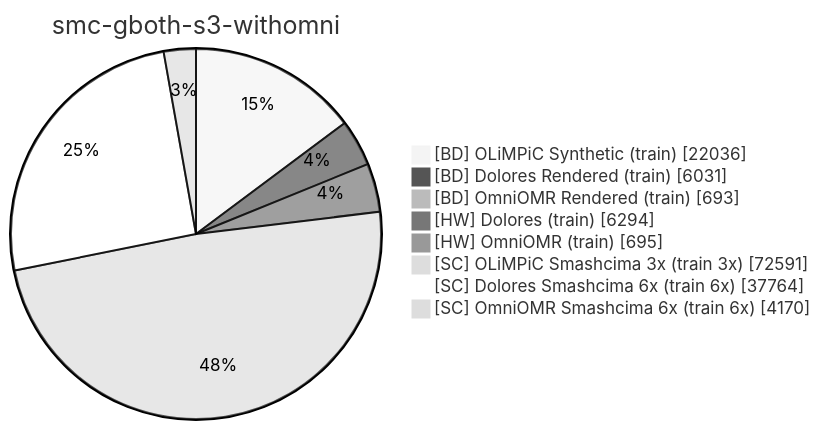
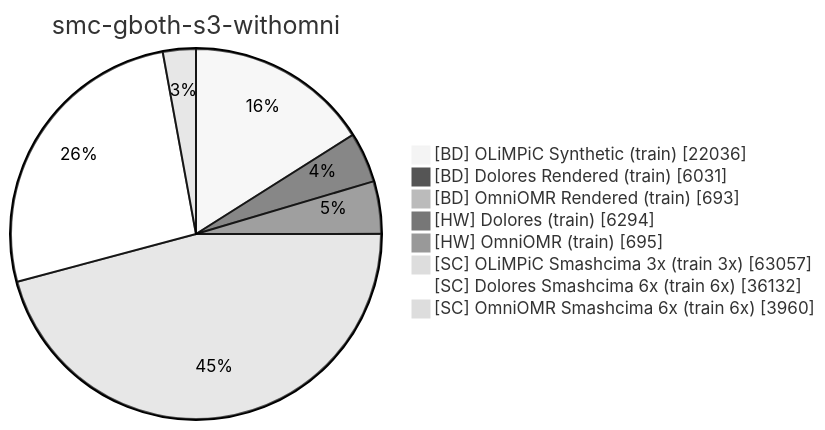
One commit to Jirka-Mayer/ijdar changed the tenth of 11 diagrams in docs/smashcima.md. Above: the diagram before and after it, drawn with Mermaid (neutral theme). The commit also changed other lines of this file and 9 other files, not shown here.

````diff
--- a/docs/smashcima.md
+++ b/docs/smashcima.md
@@ -152,11 +223,11 @@
 ```mermaid
 pie showData title smc-gboth-s3-withomni
     "[BD] OLiMPiC Synthetic (train)" : 22036
     "[BD] Dolores Rendered (train)" : 6031
     "[BD] OmniOMR Rendered (train)" : 693
     "[HW] Dolores (train)" : 6294
     "[HW] OmniOMR (train)" : 695
-    "[SC] OLiMPiC Smashcima 3x (train 3x)" : 72591
-    "[SC] Dolores Smashcima 6x (train 6x)" : 37764
-    "[SC] OmniOMR Smashcima 6x (train 6x)" : 4170
+    "[SC] OLiMPiC Smashcima 3x (train 3x)" : 63057
+    "[SC] Dolores Smashcima 6x (train 6x)" : 36132
+    "[SC] OmniOMR Smashcima 6x (train 6x)" : 3960
 ```
````
